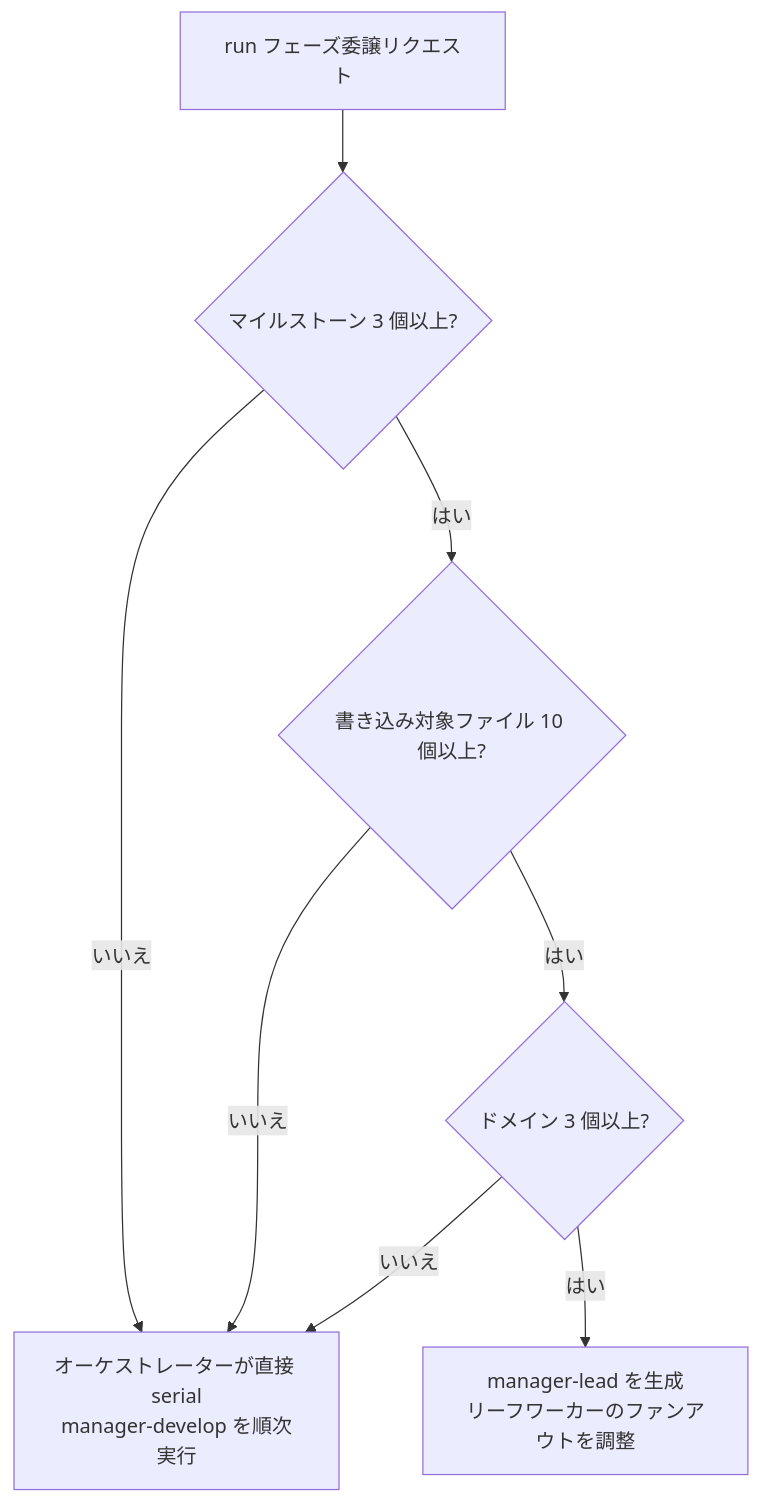
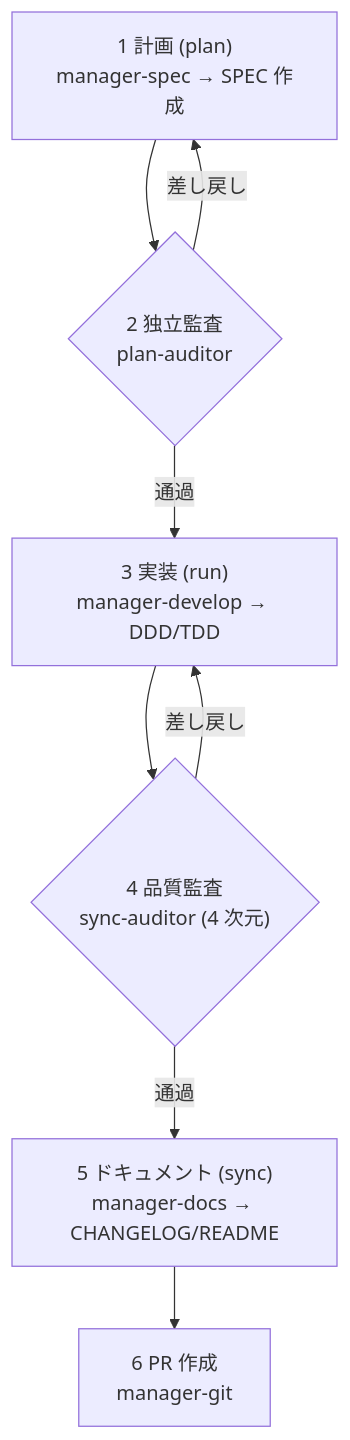
One commit to modu-ai/moai-adk changed the third of 4 diagrams in docs-site/content/ja/advanced/agent-guide.md. Above: the diagram before and after it, drawn with Mermaid. The commit also changed other lines of this file and 2 other files, not shown here.

First line of the commit message:
docs(SPEC-DOCS-HEADING-PARITY-001): M4 agent-guide fold 30→22 to ko structure (card t1328)

````diff
--- a/docs-site/content/ja/advanced/agent-guide.md
+++ b/docs-site/content/ja/advanced/agent-guide.md
@@ -150,10 +151,10 @@
 ```mermaid
 flowchart TD
-    START["run フェーズ委譲リクエスト"] --> Q1{"マイルストーン 3 個以上?"}
-    Q1 -->|"いいえ"| MODE5["オーケストレーターが直接 serial<br>manager-develop を順次実行"]
-    Q1 -->|"はい"| Q2{"書き込み対象ファイル 10 個以上?"}
-    Q2 -->|"いいえ"| MODE5
-    Q2 -->|"はい"| Q3{"ドメイン 3 個以上?"}
-    Q3 -->|"いいえ"| MODE5
-    Q3 -->|"はい"| LEAD["manager-lead を生成<br>リーフワーカーのファンアウトを調整"]
+    PLAN["1 計画 (plan)<br>manager-spec → SPEC 作成"] --> A1{"2 独立監査<br>plan-auditor"}
+    A1 -->|"差し戻し"| PLAN
+    A1 -->|"通過"| RUN["3 実装 (run)<br>manager-develop → DDD/TDD"]
+    RUN --> A2{"4 品質監査<br>sync-auditor (4 次元)"}
+    A2 -->|"差し戻し"| RUN
+    A2 -->|"通過"| SYNC["5 ドキュメント (sync)<br>manager-docs → CHANGELOG/README"]
+    SYNC --> PR["6 PR 作成<br>manager-git"]
 ```
````
